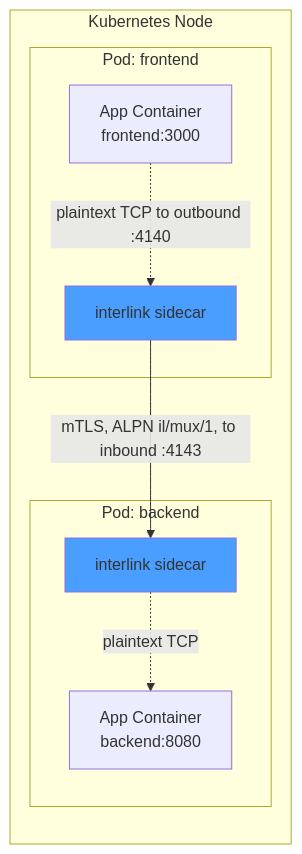
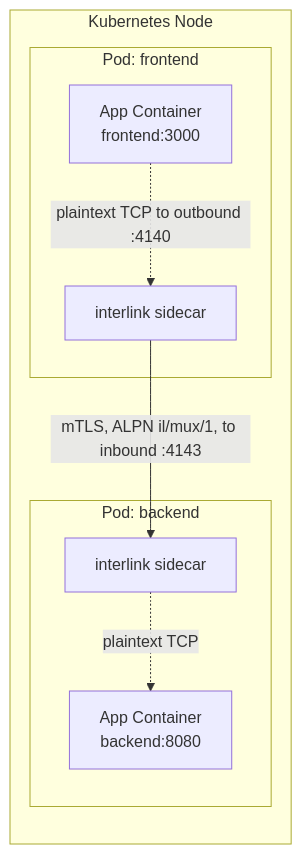
One commit to alexandernicholson/interlink changed the first of 3 diagrams in docs/architecture/overview.md. Above: the diagram before and after it, drawn with Mermaid. The commit also changed other lines of this file and 12 other files, not shown here.

````diff
--- a/docs/architecture/overview.md
+++ b/docs/architecture/overview.md
@@ -5,20 +11,18 @@
 ```mermaid
 flowchart LR
     subgraph K8s_Node["Kubernetes Node"]
         subgraph Pod_A["Pod: frontend"]
             C1[App Container<br/>frontend:3000]
             P1[interlink sidecar]
         end
         subgraph Pod_B["Pod: backend"]
             C2[App Container<br/>backend:8080]
             P2[interlink sidecar]
         end
     end
 
     C1 -.->|plaintext TCP to outbound :4140| P1
     P1 -->|mTLS, ALPN il/mux/1, to inbound :4143| P2
     P2 -.->|plaintext TCP| C2
 
-    style P1 fill:#4a9eff
-    style P2 fill:#4a9eff
 ```
````
